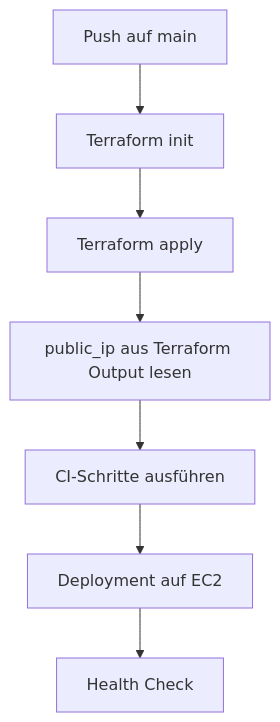
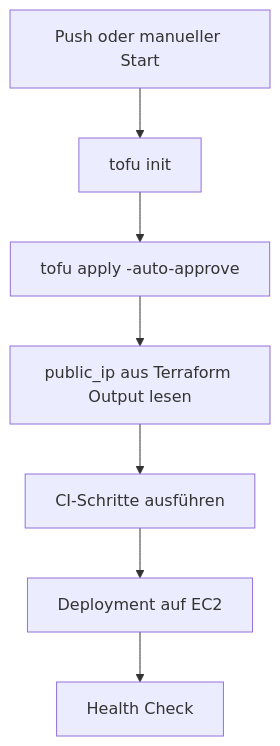
One commit to armindoerzbachtbz/praxis-day08 changed the fourth of 4 diagrams in README.md. Above: the diagram before and after it, drawn with Mermaid. The commit also changed other lines of this file and 7 other files, not shown here.

````diff
--- a/README.md
+++ b/README.md
@@ -766,9 +841,9 @@
 ```mermaid
 flowchart TD
-    A[Push auf main] --> B[Terraform init]
-    B --> C[Terraform apply]
+    A[Push oder manueller Start] --> B[tofu init]
+    B --> C[tofu apply -auto-approve]
     C --> D[public_ip aus Terraform Output lesen]
     D --> E[CI-Schritte ausführen]
     E --> F[Deployment auf EC2]
     F --> G[Health Check]
 ```
````
